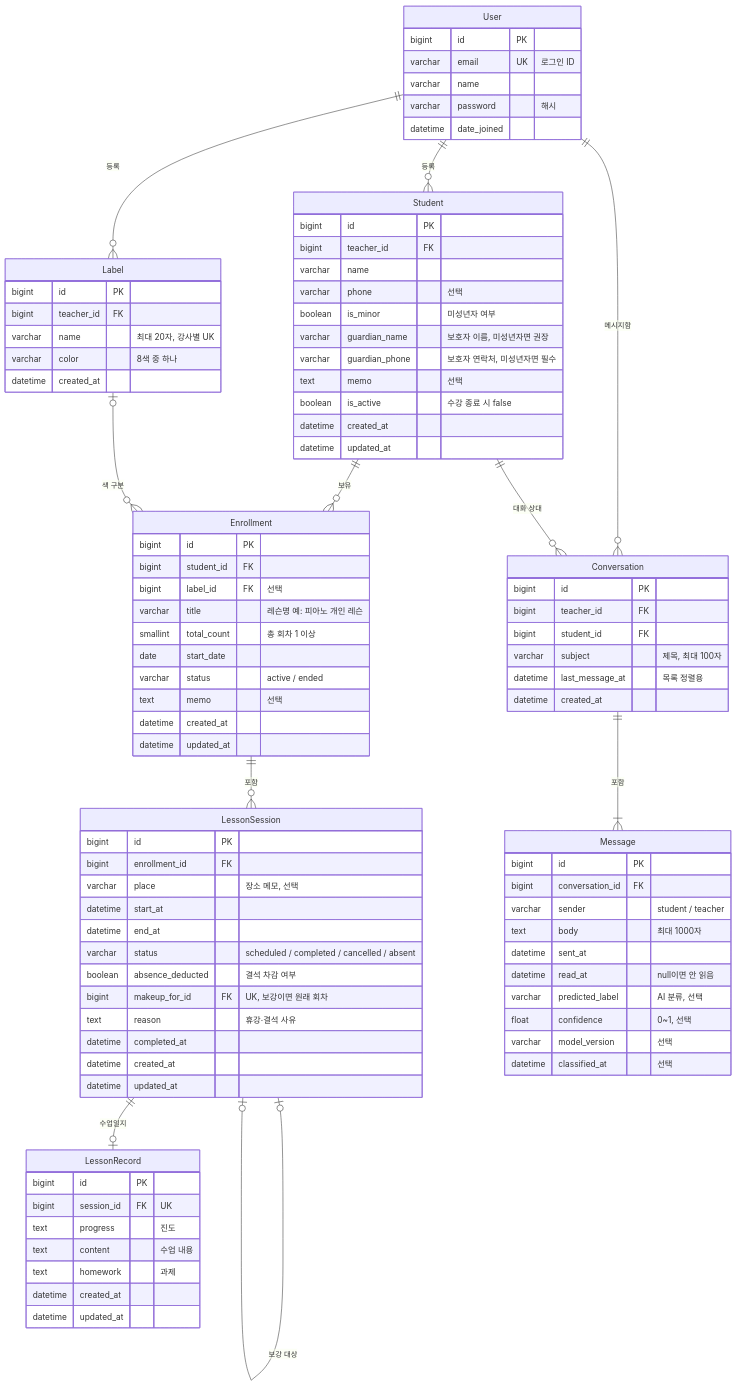
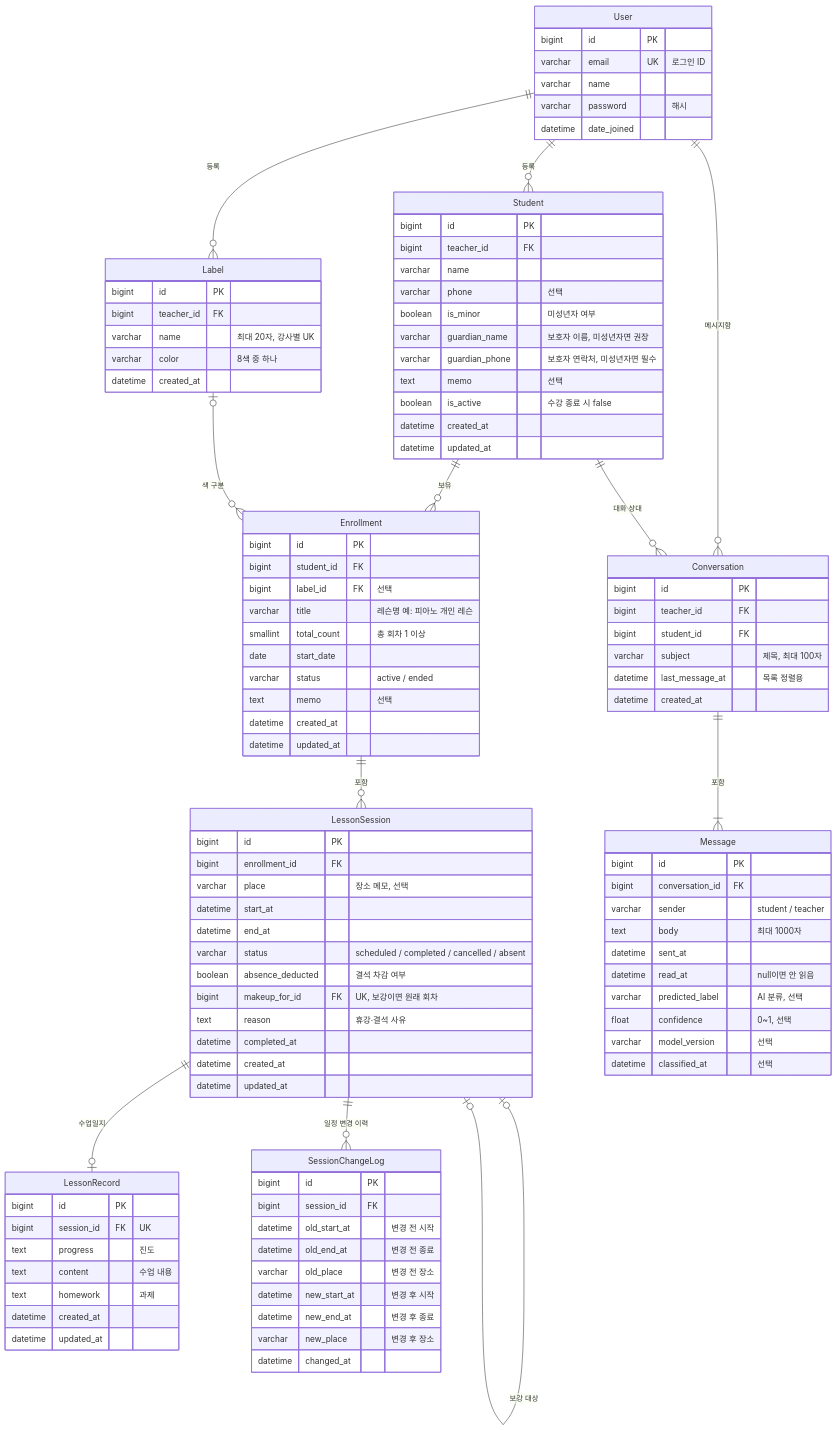
One commit to yeeun5364/lemit changed the diagram in docs/ERD.md. Above: the diagram before and after it, drawn with Mermaid. The commit also changed other lines of this file and 11 other files, not shown here.

```diff
--- a/docs/ERD.md
+++ b/docs/ERD.md
@@ -14,6 +14,7 @@
     Enrollment ||--o{ LessonSession : "포함"
     LessonSession |o--o| LessonSession : "보강 대상"
     LessonSession ||--o| LessonRecord : "수업일지"
+    LessonSession ||--o{ SessionChangeLog : "일정 변경 이력"
     User ||--o{ Conversation : "메시지함"
     Student ||--o{ Conversation : "대화 상대"
     Conversation ||--|{ Message : "포함"
@@ -64,6 +65,17 @@
         datetime created_at
         datetime updated_at
     }
+    SessionChangeLog {
+        bigint id PK
+        bigint session_id FK
+        datetime old_start_at "변경 전 시작"
+        datetime old_end_at "변경 전 종료"
+        varchar old_place "변경 전 장소"
+        datetime new_start_at "변경 후 시작"
+        datetime new_end_at "변경 후 종료"
+        varchar new_place "변경 후 장소"
+        datetime changed_at
+    }
     Label {
         bigint id PK
         bigint teacher_id FK
```
